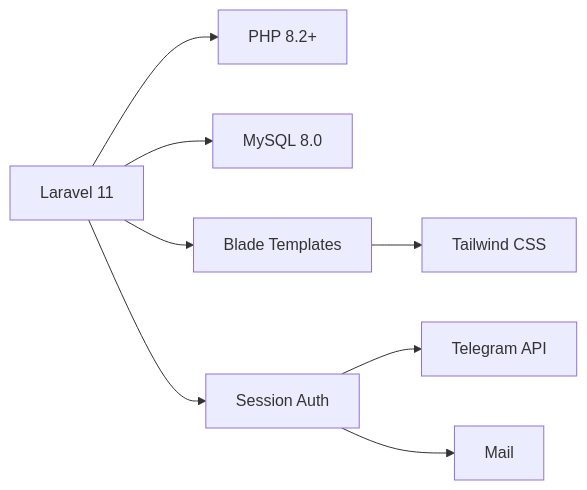
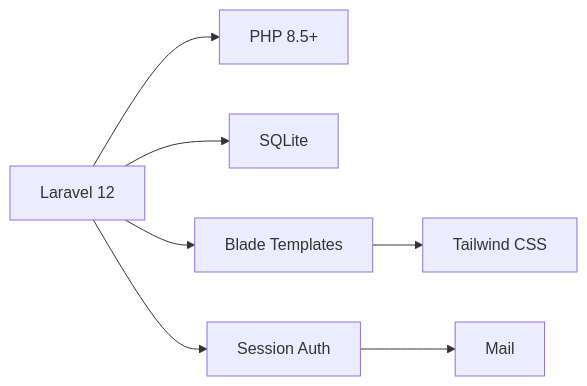
Before and after one commit to bilalshemsu1/astu-lost-found-system: the diagram in README.md, drawn with Mermaid. The commit also changed other lines of this file, not shown here.

Commit message:
README: Laravel 12, PHP 8.5, SQLite

````diff
--- a/README.md
+++ b/README.md
@@ -72,10 +70,9 @@
 ```mermaid
 graph LR
-    A[Laravel 11] --> B[PHP 8.2+]
-    A --> C[MySQL 8.0]
+    A[Laravel 12] --> B[PHP 8.5+]
+    A --> C[SQLite]
     A --> D[Blade Templates]
     D --> E[Tailwind CSS]
     A --> F[Session Auth]
-    F --> G[Telegram API]
-    F --> H[Mail]
+    F --> G[Mail]
 ```
````
